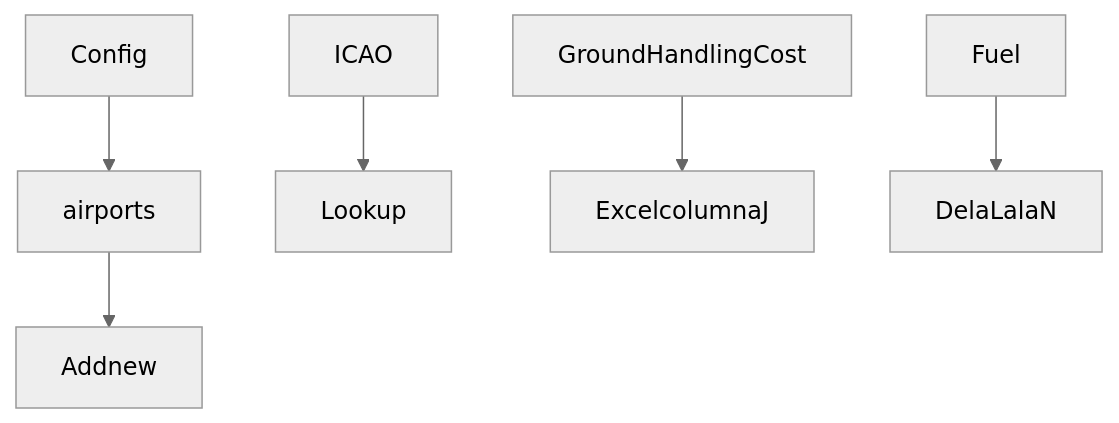
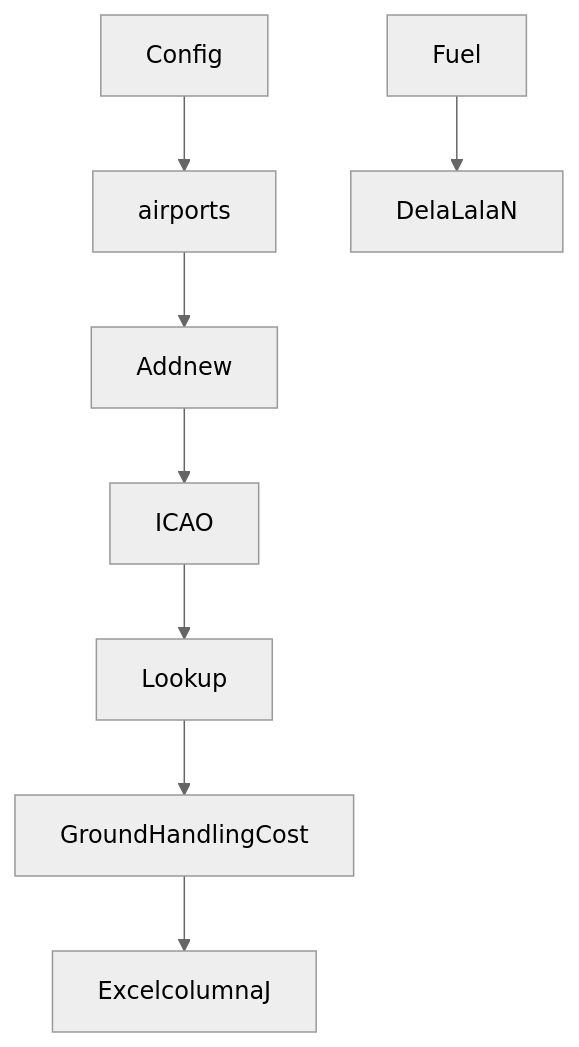
The diagram in flowdiagram.md (avs-code/Spark_surveillance_robot), drawn with Mermaid (neutral theme) before and after one commit.

````diff
--- a/flowdiagram.md
+++ b/flowdiagram.md
@@ -1,8 +1,10 @@
 ```mermaid
 graph TD;
 Config-->airports;
 airports-->Addnew;
+Addnew-->ICAO;
 ICAO-->Lookup;
+Lookup-->GroundHandlingCost;
 GroundHandlingCost-->ExcelcolumnaJ;
 Fuel-->DelaLalaN;
 ```
````
